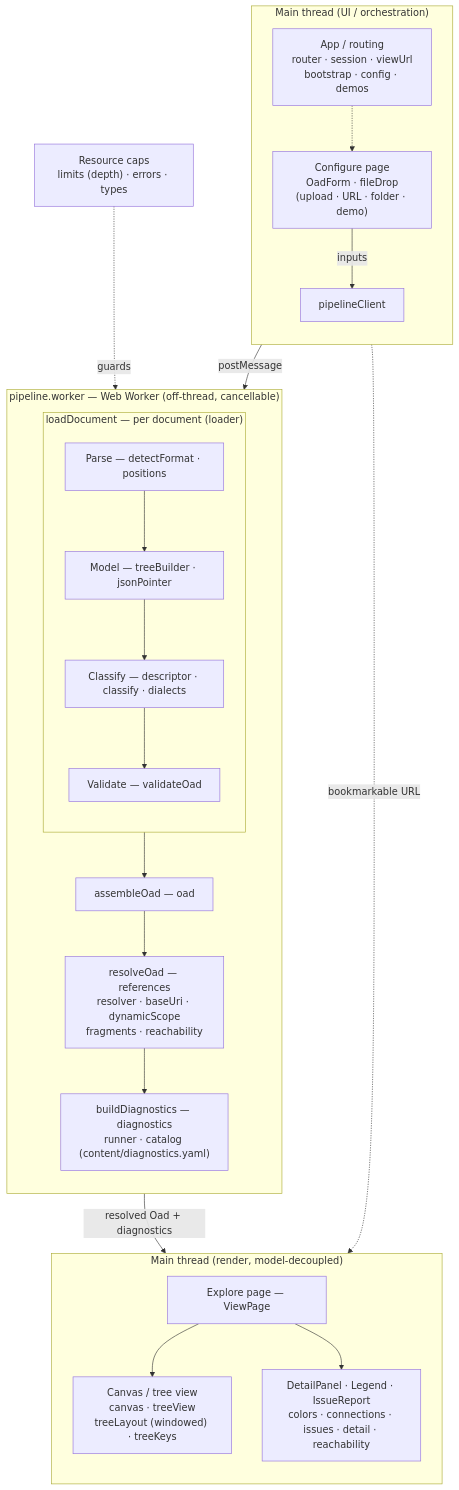
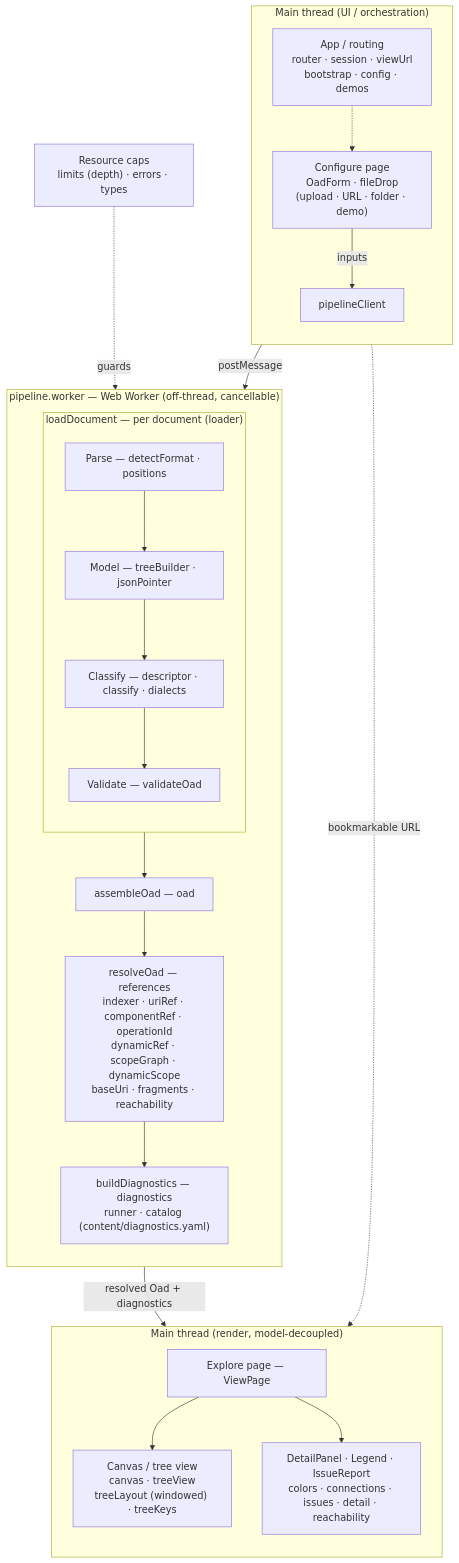
The diagram in docs/architecture.md (handrews/oas-tree-viewer), drawn with Mermaid before and after one commit. The commit also changed other lines of this file, not shown here.

Commit message:
docs: align architecture.md with the resolver split
The module table and the Mermaid pipeline node still listed the pre-split refs
layout (resolver · baseUri · dynamicScope · fragments · reachability). Update both
to name the extracted modules (indexer, uriRef, componentRef, operationId,
dynamicRef, scopeGraph) so the architecture doc matches the actual src/refs/ tree.

````diff
--- a/docs/architecture.md
+++ b/docs/architecture.md
@@ -14,43 +14,43 @@
 ```mermaid
 flowchart TD
     subgraph mainIn["Main thread (UI / orchestration)"]
         direction TB
         cfg["Configure page<br/>OadForm · fileDrop<br/>(upload · URL · folder · demo)"]
         client["pipelineClient"]
         routing["App / routing<br/>router · session · viewUrl<br/>bootstrap · config · demos"]
     end
 
     subgraph wk["pipeline.worker — Web Worker (off-thread, cancellable)"]
         direction TB
         subgraph load["loadDocument — per document (loader)"]
             direction TB
             parse["Parse — detectFormat · positions"]
             model["Model — treeBuilder · jsonPointer"]
             classify["Classify — descriptor · classify · dialects"]
             validate["Validate — validateOad"]
             parse --> model --> classify --> validate
         end
         assemble["assembleOad — oad"]
-        refs["resolveOad — references<br/>resolver · baseUri · dynamicScope<br/>fragments · reachability"]
+        refs["resolveOad — references<br/>indexer · uriRef · componentRef · operationId<br/>dynamicRef · scopeGraph · dynamicScope<br/>baseUri · fragments · reachability"]
         diag["buildDiagnostics — diagnostics<br/>runner · catalog (content/diagnostics.yaml)"]
         load --> assemble --> refs --> diag
     end
 
     subgraph mainOut["Main thread (render, model-decoupled)"]
         direction TB
         view["Explore page — ViewPage"]
         canvas["Canvas / tree view<br/>canvas · treeView<br/>treeLayout (windowed) · treeKeys"]
         panels["DetailPanel · Legend · IssueReport<br/>colors · connections · issues · detail · reachability"]
         view --> canvas
         view --> panels
     end
 
     limits["Resource caps<br/>limits (depth) · errors · types"]
 
     cfg -->|inputs| client
     client -->|postMessage| load
     diag -->|resolved Oad + diagnostics| view
     routing -. bookmarkable URL .-> view
     routing -.-> cfg
     limits -. guards .-> load
 ```
````
